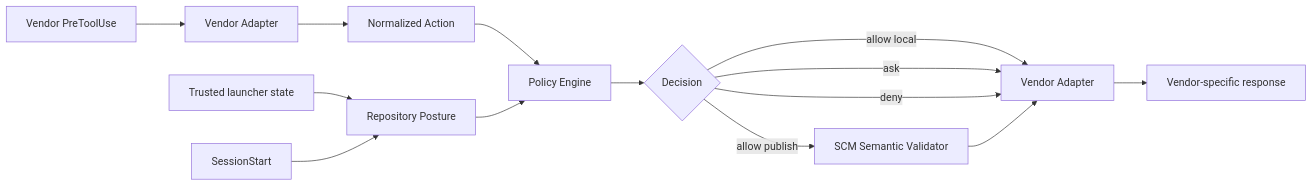
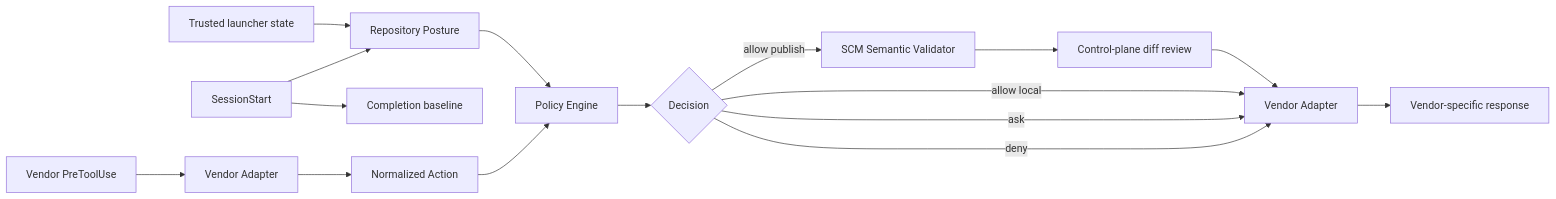
Before and after one commit to tomo-chan/agent-harness: the first of 2 diagrams in AGENTS.md, drawn with Mermaid. The commit also changed other lines of this file, not shown here.

````diff
--- a/AGENTS.md
+++ b/AGENTS.md
@@ -60,16 +65,18 @@
 ```mermaid
 flowchart LR
     TL[Trusted launcher state] --> RP[Repository Posture]
     SS[SessionStart] --> RP
+    SS --> CS[Completion baseline]
     V[Vendor PreToolUse] --> A1[Vendor Adapter]
     A1 --> N[Normalized Action]
     N --> P[Policy Engine]
     RP --> P
     P --> D{Decision}
     D -->|allow publish| SV[SCM Semantic Validator]
     D -->|allow local| A2[Vendor Adapter]
     D -->|ask| A2
     D -->|deny| A2
-    SV --> A2
+    SV --> CP[Control-plane diff review]
+    CP --> A2
     A2 --> R[Vendor-specific response]
 ```
````
